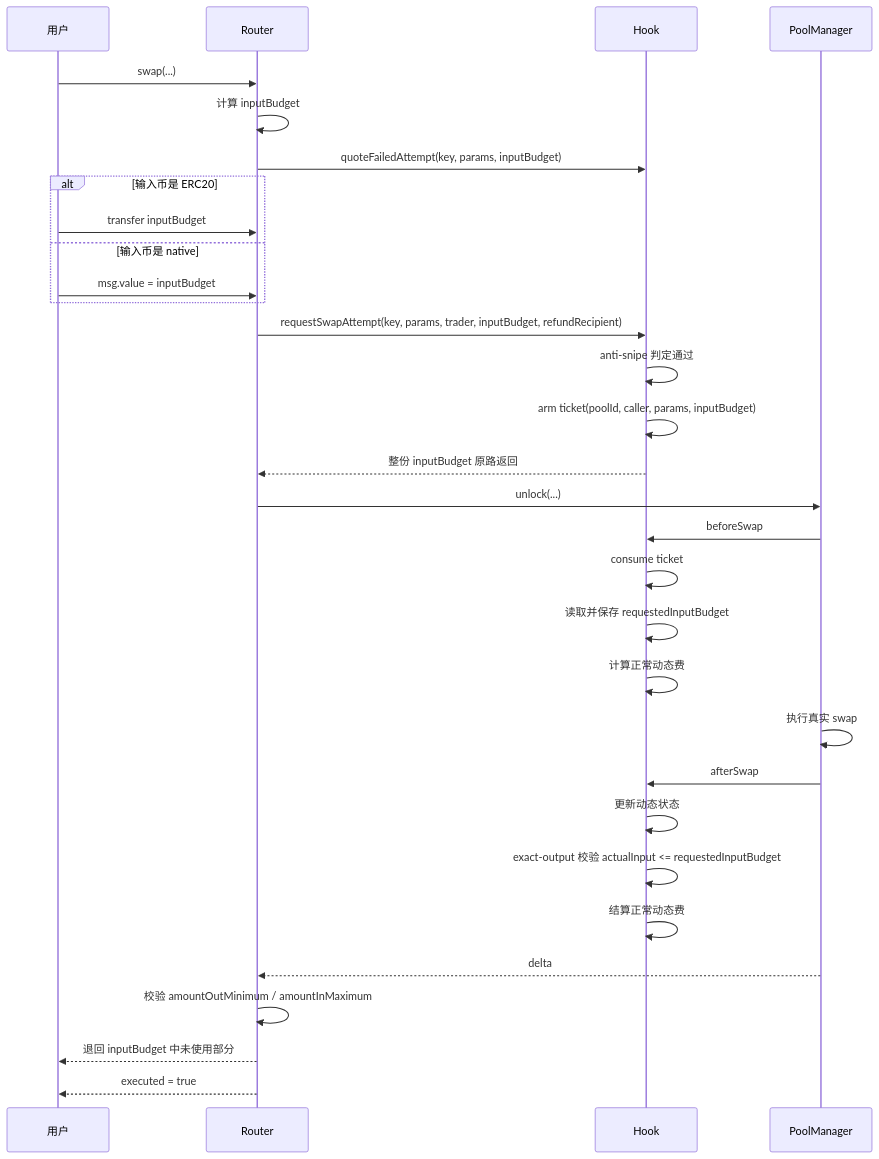
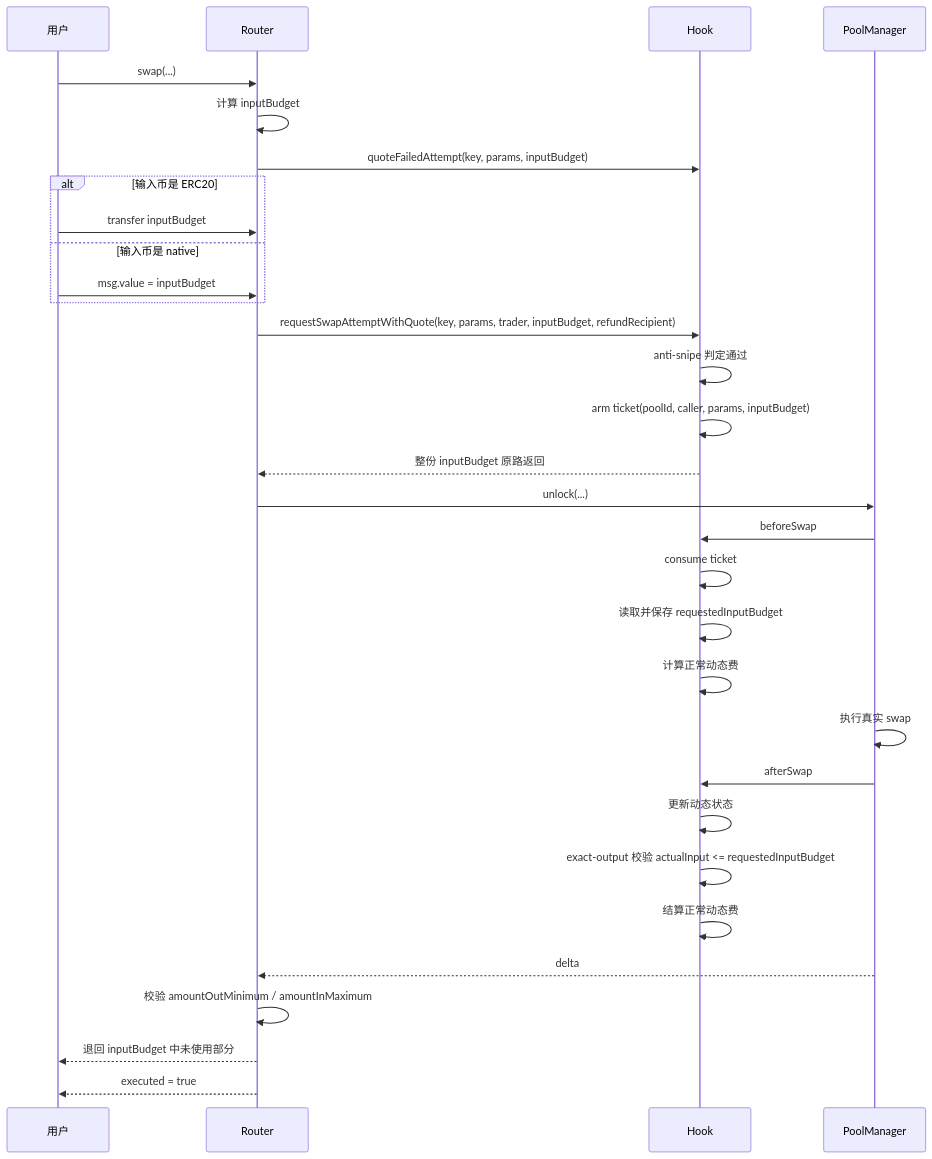
The fourth of 7 diagrams in docs/memeverse-swap/memeverse-swap-flow.md (OutrunBuild/MemeverseV2), drawn with Mermaid before and after one commit. The commit also changed other lines of this file and 7 other files, not shown here.

````diff
--- a/docs/memeverse-swap/memeverse-swap-flow.md
+++ b/docs/memeverse-swap/memeverse-swap-flow.md
@@ -128,38 +128,38 @@
 ```mermaid
 sequenceDiagram
     participant U as 用户
     participant R as Router
     participant H as Hook
     participant PM as PoolManager
 
     U->>R: swap(...)
     R->>R: 计算 inputBudget
     R->>H: quoteFailedAttempt(key, params, inputBudget)
 
     alt 输入币是 ERC20
         U->>R: transfer inputBudget
     else 输入币是 native
         U->>R: msg.value = inputBudget
     end
 
-    R->>H: requestSwapAttempt(key, params, trader, inputBudget, refundRecipient)
+    R->>H: requestSwapAttemptWithQuote(key, params, trader, inputBudget, refundRecipient)
     H->>H: anti-snipe 判定通过
     H->>H: arm ticket(poolId, caller, params, inputBudget)
     H-->>R: 整份 inputBudget 原路返回
 
     R->>PM: unlock(...)
     PM->>H: beforeSwap
     H->>H: consume ticket
     H->>H: 读取并保存 requestedInputBudget
     H->>H: 计算正常动态费
     PM->>PM: 执行真实 swap
     PM->>H: afterSwap
     H->>H: 更新动态状态
     H->>H: exact-output 校验 actualInput <= requestedInputBudget
     H->>H: 结算正常动态费
 
     PM-->>R: delta
     R->>R: 校验 amountOutMinimum / amountInMaximum
     R-->>U: 退回 inputBudget 中未使用部分
     R-->>U: executed = true
 ```
````
